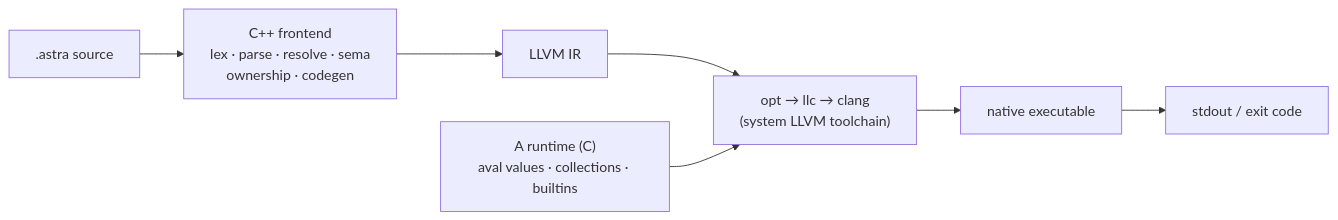
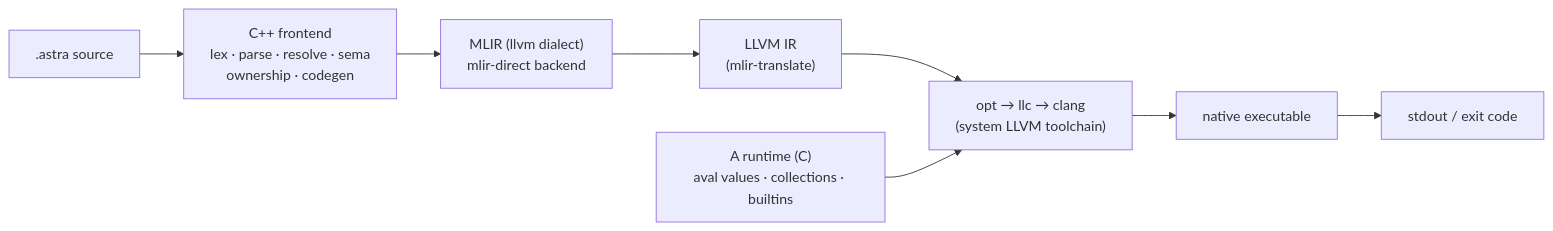
Before and after one commit to ALangLabs/A: the diagram in README.md, drawn with Mermaid. The commit also changed other lines of this file and 8 other files, not shown here.

Commit message:
Refactor backend handling to support MLIR and update documentation accordingly

````diff
--- a/README.md
+++ b/README.md
@@ -157,9 +157,10 @@
 ```mermaid
 flowchart LR
     src[".astra source"] --> fe["C++ frontend<br/>lex · parse · resolve · sema<br/>ownership · codegen"]
-    fe --> ll["LLVM IR"]
+    fe --> mlir["MLIR (llvm dialect)<br/>mlir-direct backend"]
+    mlir --> ll["LLVM IR<br/>(mlir-translate)"]
     ll --> tools["opt → llc → clang<br/>(system LLVM toolchain)"]
     rt["A runtime (C)<br/>aval values · collections · builtins"] --> tools
     tools --> bin["native executable"]
     bin --> out["stdout / exit code"]
 ```
````
